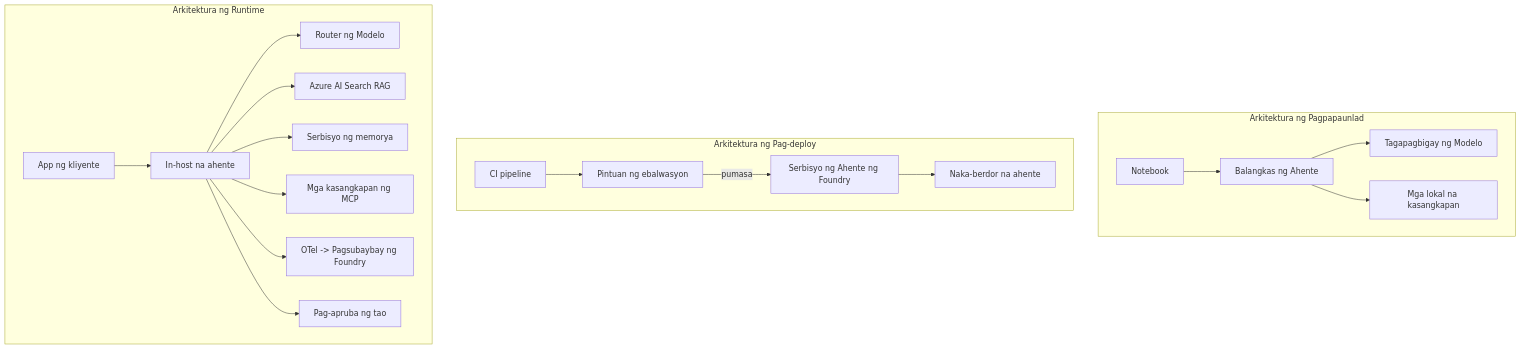
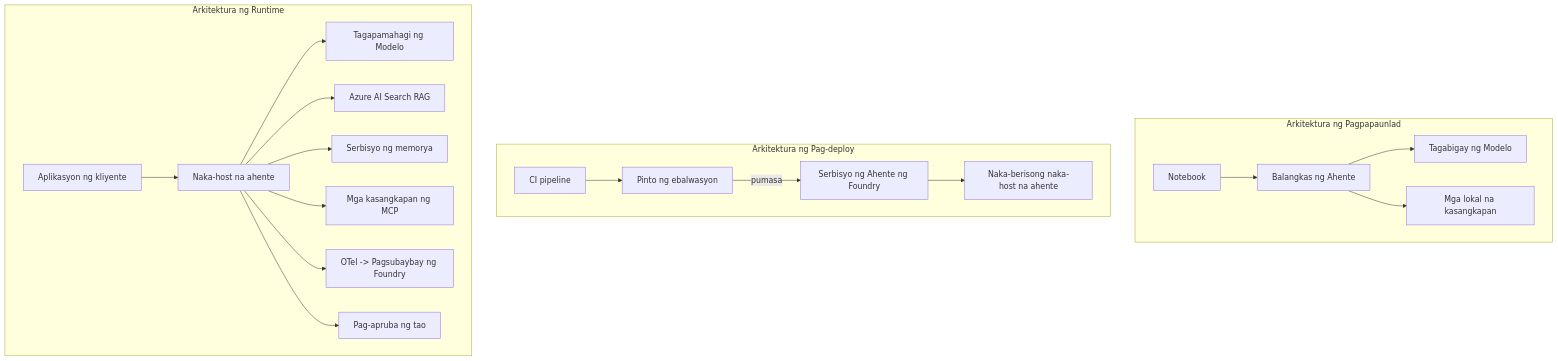
Before and after one commit to gabrielmoreira/agent-skills-mirror: the fourth of 4 diagrams in mirrors/repos/microsoft@ai-agents-for-beginners/translations/tl/16-deploying-scalable-agents/README.md, drawn with Mermaid. The commit also changed other lines of this file and 4262 other files, not shown here.

````diff
--- a/mirrors/repos/microsoft@ai-agents-for-beginners/translations/tl/16-deploying-scalable-agents/README.md
+++ b/mirrors/repos/microsoft@ai-agents-for-beginners/translations/tl/16-deploying-scalable-agents/README.md
@@ -185,22 +185,22 @@
 ```mermaid
 flowchart TB
     subgraph Dev[Arkitektura ng Pagpapaunlad]
         D1[Notebook] --> D2[Balangkas ng Ahente]
-        D2 --> D3[Tagapagbigay ng Modelo]
+        D2 --> D3[Tagabigay ng Modelo]
         D2 --> D4[Mga lokal na kasangkapan]
     end
     subgraph Deploy[Arkitektura ng Pag-deploy]
-        E1[CI pipeline] --> E2[Pintuan ng ebalwasyon]
+        E1[CI pipeline] --> E2[Pinto ng ebalwasyon]
         E2 -->|pumasa| E3[Serbisyo ng Ahente ng Foundry]
-        E3 --> E4[Naka-berdor na ahente]
+        E3 --> E4[Naka-berisong naka-host na ahente]
     end
     subgraph Run[Arkitektura ng Runtime]
-        F1[App ng kliyente] --> F2[In-host na ahente]
-        F2 --> F3[Router ng Modelo]
+        F1[Aplikasyon ng kliyente] --> F2[Naka-host na ahente]
+        F2 --> F3[Tagapamahagi ng Modelo]
         F2 --> F4[Azure AI Search RAG]
         F2 --> F5[Serbisyo ng memorya]
         F2 --> F6[Mga kasangkapan ng MCP]
         F2 --> F7[OTel -> Pagsubaybay ng Foundry]
         F2 --> F8[Pag-apruba ng tao]
     end
 ```
````
